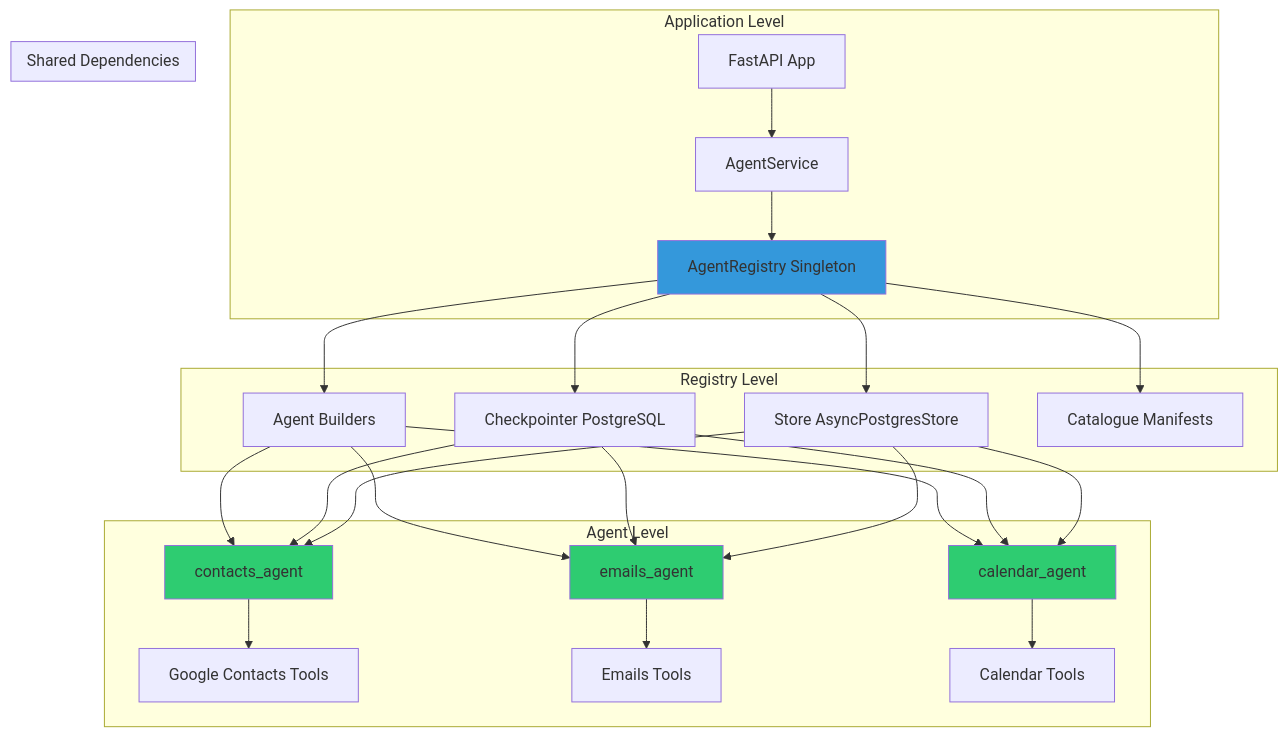
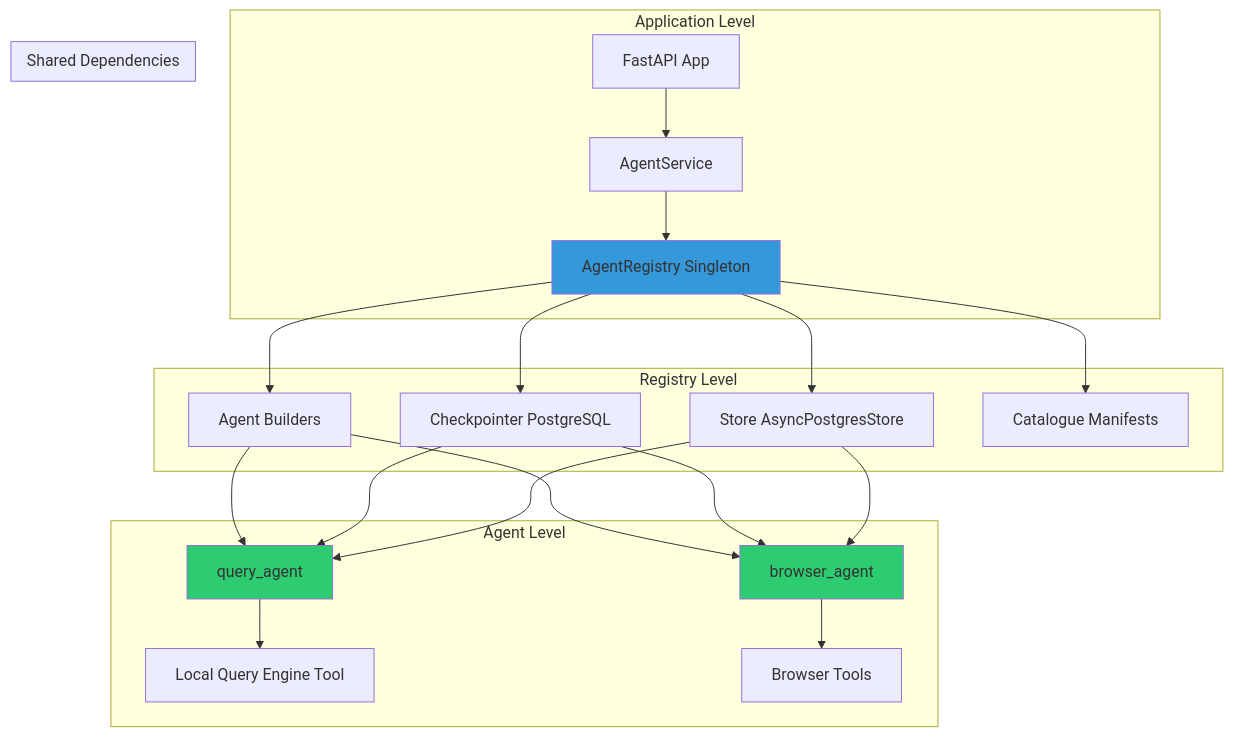
One commit to jgouviergmail/LIA-Assistant changed the first of 6 diagrams in docs/technical/AGENTS.md. Above: the diagram before and after it, drawn with Mermaid. The commit also changed other lines of this file and 612 other files, not shown here.

````diff
--- a/docs/technical/AGENTS.md
+++ b/docs/technical/AGENTS.md
@@ -45,37 +45,32 @@
 ```mermaid
 graph TB
     subgraph "Application Level"
         A[FastAPI App] --> B[AgentService]
         B --> C[AgentRegistry Singleton]
     end
 
     subgraph "Registry Level"
         C --> D[Checkpointer PostgreSQL]
         C --> E[Store AsyncPostgresStore]
         C --> F[Agent Builders]
         C --> G[Catalogue Manifests]
     end
 
     subgraph "Agent Level"
-        F --> H[contacts_agent]
-        F --> I[emails_agent]
-        F --> J[calendar_agent]
-        H --> K[Google Contacts Tools]
-        I --> L[Emails Tools]
-        J --> M[Calendar Tools]
+        F --> H[query_agent]
+        F --> I[browser_agent]
+        H --> K[Local Query Engine Tool]
+        I --> L[Browser Tools]
     end
 
     subgraph "Shared Dependencies"
         D --> H
         D --> I
-        D --> J
         E --> H
         E --> I
-        E --> J
     end
 
     style C fill:#3498db
     style H fill:#2ecc71
     style I fill:#2ecc71
-    style J fill:#2ecc71
 ```
````
